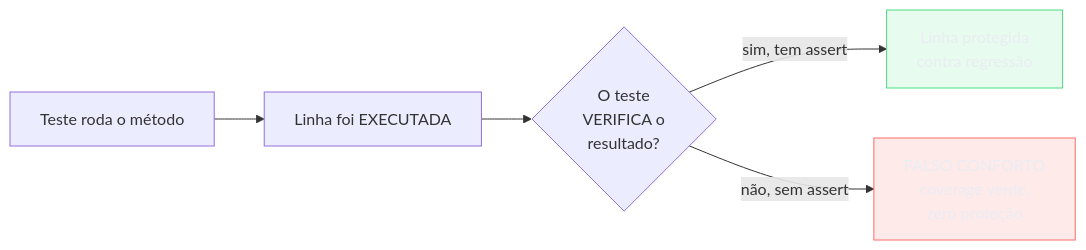
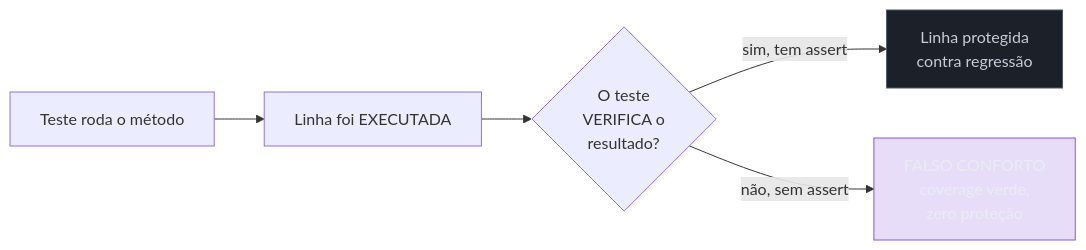
One commit to josenaldo/codex-technomanticus changed the second of 6 diagrams in 03-Dominios/Engenharia/Testes/12 - Coverage e mutation testing.md. Above: the diagram before and after it, drawn with Mermaid. The commit also changed other lines of this file and 601 other files, not shown here.

````diff
--- a/03-Dominios/Engenharia/Testes/12 - Coverage e mutation testing.md
+++ b/03-Dominios/Engenharia/Testes/12 - Coverage e mutation testing.md
@@ -98,12 +98,12 @@
 ```mermaid
 flowchart LR
-    classDef ok fill:#4ADE8021,stroke:#4ADE80,color:#E9ECF2
-    classDef falha fill:#FF6B6B24,stroke:#FF6B6B,color:#E9ECF2
+    classDef marca fill:#8855DF33,stroke:#8855DF,color:#E9ECF2
+    classDef neutro fill:#1B2029,stroke:#4E5666,color:#C6CCD8
     A["Teste roda o método"] --> B["Linha foi EXECUTADA"]
     B --> C{"O teste<br/>VERIFICA o<br/>resultado?"}
     C -->|"sim, tem assert"| D["Linha protegida<br/>contra regressão"]
     C -->|"não, sem assert"| E["FALSO CONFORTO<br/>coverage verde,<br/>zero proteção"]
 
-    class D ok
-    class E falha
+    class D neutro
+    class E marca
 ```
````
